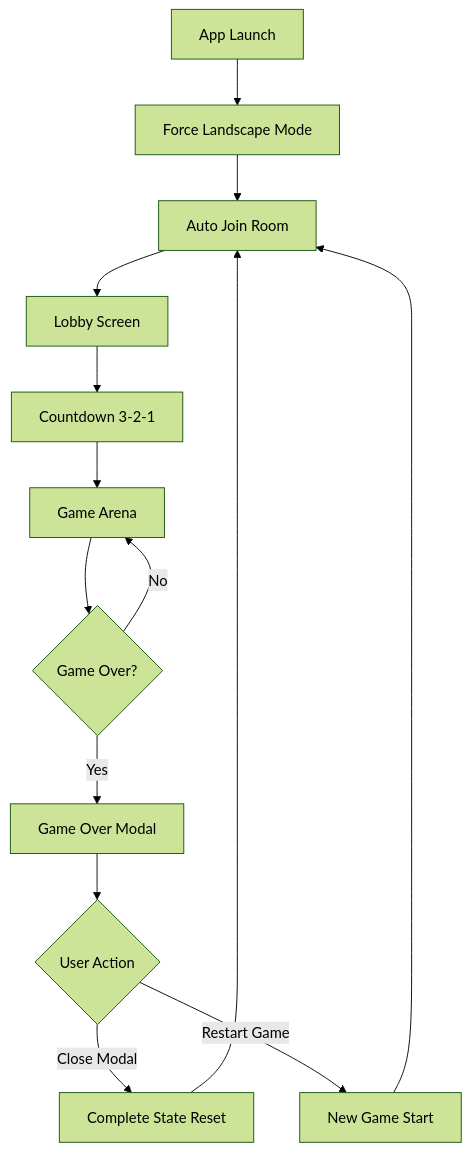
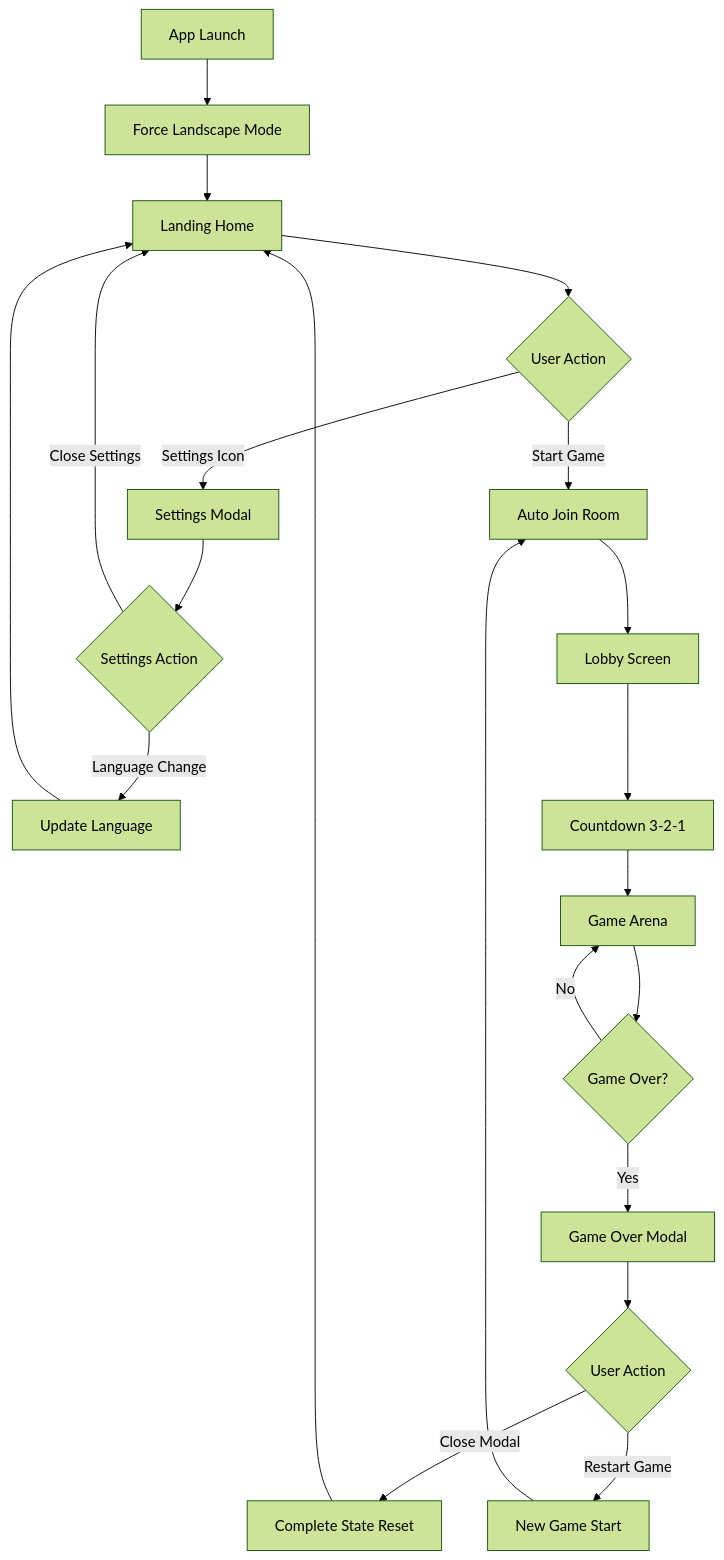
One commit to peopleinfo/worm-zone changed the diagram in .trae/documents/worm-zone-prd.md. Above: the diagram before and after it, drawn with Mermaid (forest theme). The commit also changed other lines of this file, not shown here.

````diff
--- a/.trae/documents/worm-zone-prd.md
+++ b/.trae/documents/worm-zone-prd.md
@@ -55,16 +63,23 @@
 ```mermaid
 graph TD
     A[App Launch] --> B[Force Landscape Mode]
-    B --> C[Auto Join Room]
-    C --> D[Lobby Screen]
-    D --> E[Countdown 3-2-1]
-    E --> F[Game Arena]
-    F --> G{Game Over?}
-    G -->|No| F
-    G -->|Yes| H[Game Over Modal]
-    H --> I{User Action}
-    I -->|Close Modal| J[Complete State Reset]
-    I -->|Restart Game| K[New Game Start]
-    J --> C
-    K --> C
+    B --> C[Landing Home]
+    C --> D{User Action}
+    D -->|Settings Icon| E[Settings Modal]
+    D -->|Start Game| F[Auto Join Room]
+    E --> G{Settings Action}
+    G -->|Language Change| H[Update Language]
+    G -->|Close Settings| C
+    H --> C
+    F --> I[Lobby Screen]
+    I --> J[Countdown 3-2-1]
+    J --> K[Game Arena]
+    K --> L{Game Over?}
+    L -->|No| K
+    L -->|Yes| M[Game Over Modal]
+    M --> N{User Action}
+    N -->|Close Modal| O[Complete State Reset]
+    N -->|Restart Game| P[New Game Start]
+    O --> C
+    P --> F
 ```
````
